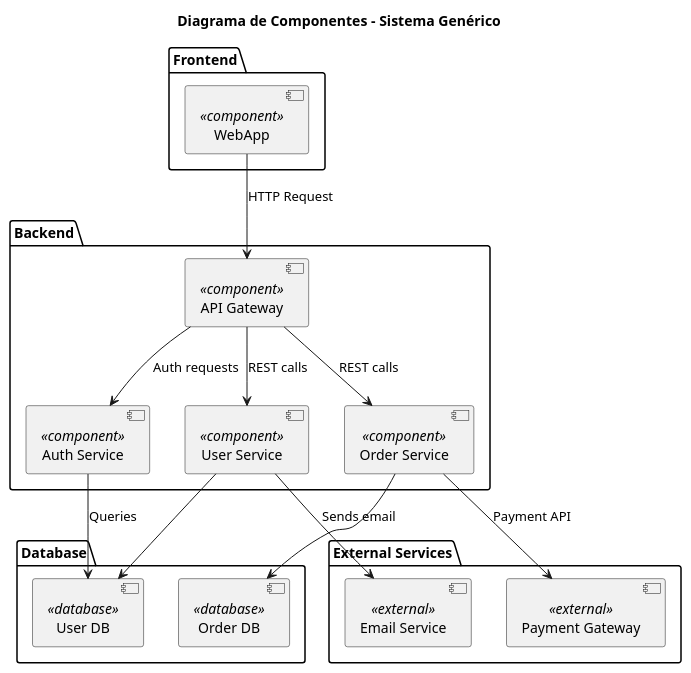
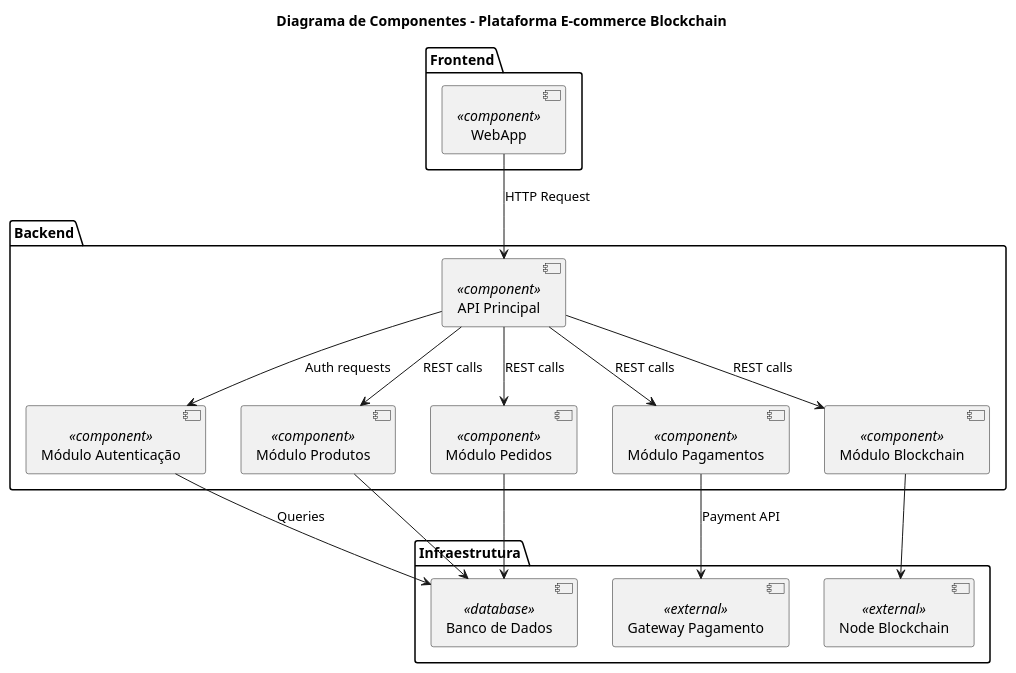
The diagram in trabalho_final/modelos_uml/diagrama_de_componentes.plantuml (gilmarUFG/as_es_20251_g4), drawn with PlantUML before and after one commit. The commit also changed 1 other file, not shown here.

```diff
--- a/trabalho_final/modelos_uml/diagrama_de_componentes.plantuml
+++ b/trabalho_final/modelos_uml/diagrama_de_componentes.plantuml
@@ -1,40 +1,40 @@
 @startuml ComponentDiagram
 
 ' Título opcional
-title Diagrama de Componentes - Sistema Genérico
+title Diagrama de Componentes - Plataforma E-commerce Blockchain
 
 ' Definindo os pacotes (opcional, para organização visual)
 package "Frontend" {
   [WebApp] <<component>>
 }
 
 package "Backend" {
-  [API Gateway] <<component>>
-  [Auth Service] <<component>>
-  [User Service] <<component>>
-  [Order Service] <<component>>
+  [API Principal] <<component>>
+  [Módulo Autenticação] <<component>>
+  [Módulo Produtos] <<component>>
+  [Módulo Pedidos] <<component>>
+  [Módulo Pagamentos] <<component>>
+  [Módulo Blockchain] <<component>>
 }
 
-package "Database" {
-  [User DB] <<database>>
-  [Order DB] <<database>>
-}
-
-package "External Services" {
-  [Payment Gateway] <<external>>
-  [Email Service] <<external>>
+package "Infraestrutura" {
+  [Banco de Dados] <<database>>
+  [Node Blockchain] <<external>>
+  [Gateway Pagamento] <<external>>
 }
 
 ' Relacionamentos
-[WebApp] --> [API Gateway] : HTTP Request
-[API Gateway] --> [Auth Service] : Auth requests
-[API Gateway] --> [User Service] : REST calls
-[API Gateway] --> [Order Service] : REST calls
+[WebApp] --> [API Principal] : HTTP Request
+[API Principal] --> [Módulo Autenticação] : Auth requests
+[API Principal] --> [Módulo Produtos] : REST calls
+[API Principal] --> [Módulo Pedidos] : REST calls
+[API Principal] --> [Módulo Pagamentos] : REST calls
+[API Principal] --> [Módulo Blockchain] : REST calls
 
-[Auth Service] --> [User DB] : Queries
-[User Service] --> [User DB]
-[Order Service] --> [Order DB]
-[Order Service] --> [Payment Gateway] : Payment API
-[User Service] --> [Email Service] : Sends email
+[Módulo Autenticação] --> [Banco de Dados] : Queries
+[Módulo Produtos] --> [Banco de Dados]
+[Módulo Pedidos] --> [Banco de Dados]
+[Módulo Pagamentos] --> [Gateway Pagamento] : Payment API
+[Módulo Blockchain] --> [Node Blockchain]
 
 @enduml
```
